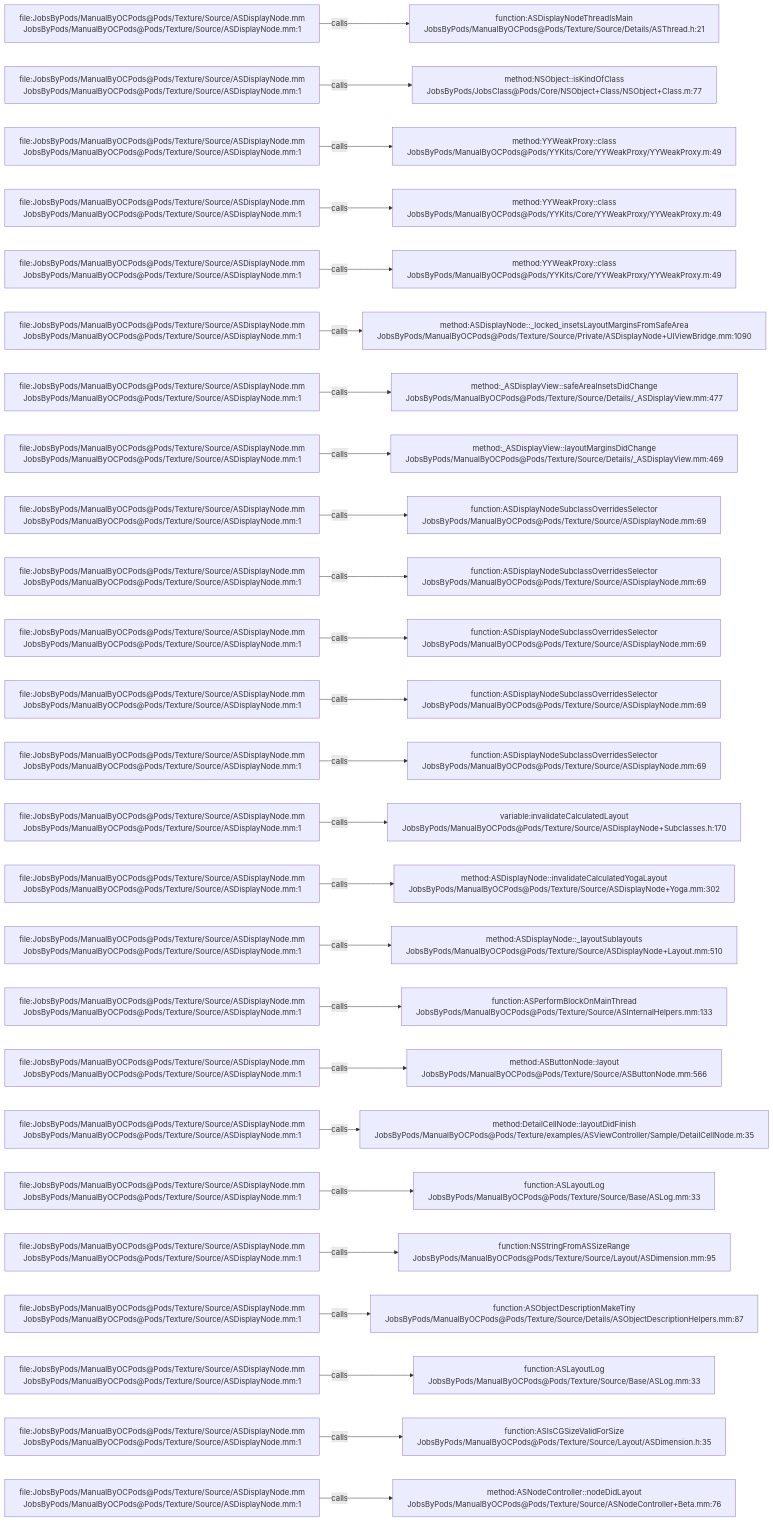
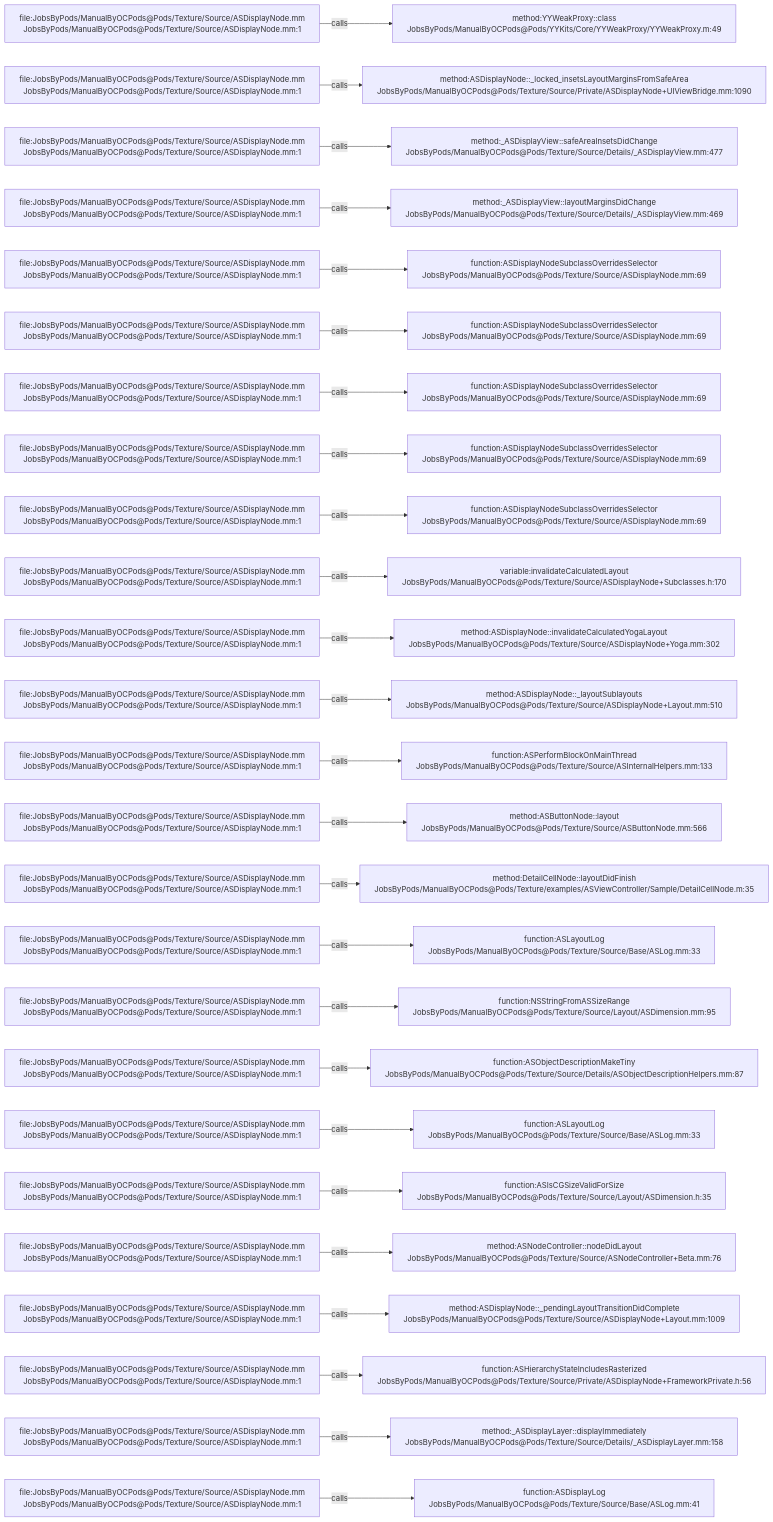
Before and after one commit to JobsKits/JobsOCBaseConfigDemo: the diagram in .codegraph/codegraph.md/graphs/calls-096.md, drawn with Mermaid. The commit also changed 727 other files, not shown here.

````diff
--- a/.codegraph/codegraph.md/graphs/calls-096.md
+++ b/.codegraph/codegraph.md/graphs/calls-096.md
@@ -13,78 +13,78 @@
 ```mermaid
 flowchart LR
   S1["file:JobsByPods/ManualByOCPods@Pods/Texture/Source/ASDisplayNode.mm<br/>JobsByPods/ManualByOCPods@Pods/Texture/Source/ASDisplayNode.mm:1"]
-  T1["function:ASDisplayNodeThreadIsMain<br/>JobsByPods/ManualByOCPods@Pods/Texture/Source/Details/ASThread.h:21"]
+  T1["method:YYWeakProxy::class<br/>JobsByPods/ManualByOCPods@Pods/YYKits/Core/YYWeakProxy/YYWeakProxy.m:49"]
   S1 -->|calls| T1
   S2["file:JobsByPods/ManualByOCPods@Pods/Texture/Source/ASDisplayNode.mm<br/>JobsByPods/ManualByOCPods@Pods/Texture/Source/ASDisplayNode.mm:1"]
-  T2["method:NSObject::isKindOfClass<br/>JobsByPods/JobsClass@Pods/Core/NSObject+Class/NSObject+Class.m:77"]
+  T2["method:ASDisplayNode::_locked_insetsLayoutMarginsFromSafeArea<br/>JobsByPods/ManualByOCPods@Pods/Texture/Source/Private/ASDisplayNode+UIViewBridge.mm:1090"]
   S2 -->|calls| T2
   S3["file:JobsByPods/ManualByOCPods@Pods/Texture/Source/ASDisplayNode.mm<br/>JobsByPods/ManualByOCPods@Pods/Texture/Source/ASDisplayNode.mm:1"]
-  T3["method:YYWeakProxy::class<br/>JobsByPods/ManualByOCPods@Pods/YYKits/Core/YYWeakProxy/YYWeakProxy.m:49"]
+  T3["method:_ASDisplayView::safeAreaInsetsDidChange<br/>JobsByPods/ManualByOCPods@Pods/Texture/Source/Details/_ASDisplayView.mm:477"]
   S3 -->|calls| T3
   S4["file:JobsByPods/ManualByOCPods@Pods/Texture/Source/ASDisplayNode.mm<br/>JobsByPods/ManualByOCPods@Pods/Texture/Source/ASDisplayNode.mm:1"]
-  T4["method:YYWeakProxy::class<br/>JobsByPods/ManualByOCPods@Pods/YYKits/Core/YYWeakProxy/YYWeakProxy.m:49"]
+  T4["method:_ASDisplayView::layoutMarginsDidChange<br/>JobsByPods/ManualByOCPods@Pods/Texture/Source/Details/_ASDisplayView.mm:469"]
   S4 -->|calls| T4
   S5["file:JobsByPods/ManualByOCPods@Pods/Texture/Source/ASDisplayNode.mm<br/>JobsByPods/ManualByOCPods@Pods/Texture/Source/ASDisplayNode.mm:1"]
-  T5["method:YYWeakProxy::class<br/>JobsByPods/ManualByOCPods@Pods/YYKits/Core/YYWeakProxy/YYWeakProxy.m:49"]
+  T5["function:ASDisplayNodeSubclassOverridesSelector<br/>JobsByPods/ManualByOCPods@Pods/Texture/Source/ASDisplayNode.mm:69"]
   S5 -->|calls| T5
   S6["file:JobsByPods/ManualByOCPods@Pods/Texture/Source/ASDisplayNode.mm<br/>JobsByPods/ManualByOCPods@Pods/Texture/Source/ASDisplayNode.mm:1"]
-  T6["method:ASDisplayNode::_locked_insetsLayoutMarginsFromSafeArea<br/>JobsByPods/ManualByOCPods@Pods/Texture/Source/Private/ASDisplayNode+UIViewBridge.mm:1090"]
+  T6["function:ASDisplayNodeSubclassOverridesSelector<br/>JobsByPods/ManualByOCPods@Pods/Texture/Source/ASDisplayNode.mm:69"]
   S6 -->|calls| T6
   S7["file:JobsByPods/ManualByOCPods@Pods/Texture/Source/ASDisplayNode.mm<br/>JobsByPods/ManualByOCPods@Pods/Texture/Source/ASDisplayNode.mm:1"]
-  T7["method:_ASDisplayView::safeAreaInsetsDidChange<br/>JobsByPods/ManualByOCPods@Pods/Texture/Source/Details/_ASDisplayView.mm:477"]
+  T7["function:ASDisplayNodeSubclassOverridesSelector<br/>JobsByPods/ManualByOCPods@Pods/Texture/Source/ASDisplayNode.mm:69"]
   S7 -->|calls| T7
   S8["file:JobsByPods/ManualByOCPods@Pods/Texture/Source/ASDisplayNode.mm<br/>JobsByPods/ManualByOCPods@Pods/Texture/Source/ASDisplayNode.mm:1"]
-  T8["method:_ASDisplayView::layoutMarginsDidChange<br/>JobsByPods/ManualByOCPods@Pods/Texture/Source/Details/_ASDisplayView.mm:469"]
+  T8["function:ASDisplayNodeSubclassOverridesSelector<br/>JobsByPods/ManualByOCPods@Pods/Texture/Source/ASDisplayNode.mm:69"]
   S8 -->|calls| T8
   S9["file:JobsByPods/ManualByOCPods@Pods/Texture/Source/ASDisplayNode.mm<br/>JobsByPods/ManualByOCPods@Pods/Texture/Source/ASDisplayNode.mm:1"]
   T9["function:ASDisplayNodeSubclassOverridesSelector<br/>JobsByPods/ManualByOCPods@Pods/Texture/Source/ASDisplayNode.mm:69"]
   S9 -->|calls| T9
   S10["file:JobsByPods/ManualByOCPods@Pods/Texture/Source/ASDisplayNode.mm<br/>JobsByPods/ManualByOCPods@Pods/Texture/Source/ASDisplayNode.mm:1"]
-  T10["function:ASDisplayNodeSubclassOverridesSelector<br/>JobsByPods/ManualByOCPods@Pods/Texture/Source/ASDisplayNode.mm:69"]
+  T10["variable:invalidateCalculatedLayout<br/>JobsByPods/ManualByOCPods@Pods/Texture/Source/ASDisplayNode+Subclasses.h:170"]
   S10 -->|calls| T10
   S11["file:JobsByPods/ManualByOCPods@Pods/Texture/Source/ASDisplayNode.mm<br/>JobsByPods/ManualByOCPods@Pods/Texture/Source/ASDisplayNode.mm:1"]
-  T11["function:ASDisplayNodeSubclassOverridesSelector<br/>JobsByPods/ManualByOCPods@Pods/Texture/Source/ASDisplayNode.mm:69"]
+  T11["method:ASDisplayNode::invalidateCalculatedYogaLayout<br/>JobsByPods/ManualByOCPods@Pods/Texture/Source/ASDisplayNode+Yoga.mm:302"]
   S11 -->|calls| T11
   S12["file:JobsByPods/ManualByOCPods@Pods/Texture/Source/ASDisplayNode.mm<br/>JobsByPods/ManualByOCPods@Pods/Texture/Source/ASDisplayNode.mm:1"]
-  T12["function:ASDisplayNodeSubclassOverridesSelector<br/>JobsByPods/ManualByOCPods@Pods/Texture/Source/ASDisplayNode.mm:69"]
+  T12["method:ASDisplayNode::_layoutSublayouts<br/>JobsByPods/ManualByOCPods@Pods/Texture/Source/ASDisplayNode+Layout.mm:510"]
   S12 -->|calls| T12
   S13["file:JobsByPods/ManualByOCPods@Pods/Texture/Source/ASDisplayNode.mm<br/>JobsByPods/ManualByOCPods@Pods/Texture/Source/ASDisplayNode.mm:1"]
-  T13["function:ASDisplayNodeSubclassOverridesSelector<br/>JobsByPods/ManualByOCPods@Pods/Texture/Source/ASDisplayNode.mm:69"]
+  T13["function:ASPerformBlockOnMainThread<br/>JobsByPods/ManualByOCPods@Pods/Texture/Source/ASInternalHelpers.mm:133"]
   S13 -->|calls| T13
   S14["file:JobsByPods/ManualByOCPods@Pods/Texture/Source/ASDisplayNode.mm<br/>JobsByPods/ManualByOCPods@Pods/Texture/Source/ASDisplayNode.mm:1"]
-  T14["variable:invalidateCalculatedLayout<br/>JobsByPods/ManualByOCPods@Pods/Texture/Source/ASDisplayNode+Subclasses.h:170"]
+  T14["method:ASButtonNode::layout<br/>JobsByPods/ManualByOCPods@Pods/Texture/Source/ASButtonNode.mm:566"]
   S14 -->|calls| T14
   S15["file:JobsByPods/ManualByOCPods@Pods/Texture/Source/ASDisplayNode.mm<br/>JobsByPods/ManualByOCPods@Pods/Texture/Source/ASDisplayNode.mm:1"]
-  T15["method:ASDisplayNode::invalidateCalculatedYogaLayout<br/>JobsByPods/ManualByOCPods@Pods/Texture/Source/ASDisplayNode+Yoga.mm:302"]
+  T15["method:DetailCellNode::layoutDidFinish<br/>JobsByPods/ManualByOCPods@Pods/Texture/examples/ASViewController/Sample/DetailCellNode.m:35"]
   S15 -->|calls| T15
   S16["file:JobsByPods/ManualByOCPods@Pods/Texture/Source/ASDisplayNode.mm<br/>JobsByPods/ManualByOCPods@Pods/Texture/Source/ASDisplayNode.mm:1"]
-  T16["method:ASDisplayNode::_layoutSublayouts<br/>JobsByPods/ManualByOCPods@Pods/Texture/Source/ASDisplayNode+Layout.mm:510"]
+  T16["function:ASLayoutLog<br/>JobsByPods/ManualByOCPods@Pods/Texture/Source/Base/ASLog.mm:33"]
   S16 -->|calls| T16
   S17["file:JobsByPods/ManualByOCPods@Pods/Texture/Source/ASDisplayNode.mm<br/>JobsByPods/ManualByOCPods@Pods/Texture/Source/ASDisplayNode.mm:1"]
-  T17["function:ASPerformBlockOnMainThread<br/>JobsByPods/ManualByOCPods@Pods/Texture/Source/ASInternalHelpers.mm:133"]
+  T17["function:NSStringFromASSizeRange<br/>JobsByPods/ManualByOCPods@Pods/Texture/Source/Layout/ASDimension.mm:95"]
   S17 -->|calls| T17
   S18["file:JobsByPods/ManualByOCPods@Pods/Texture/Source/ASDisplayNode.mm<br/>JobsByPods/ManualByOCPods@Pods/Texture/Source/ASDisplayNode.mm:1"]
-  T18["method:ASButtonNode::layout<br/>JobsByPods/ManualByOCPods@Pods/Texture/Source/ASButtonNode.mm:566"]
+  T18["function:ASObjectDescriptionMakeTiny<br/>JobsByPods/ManualByOCPods@Pods/Texture/Source/Details/ASObjectDescriptionHelpers.mm:87"]
   S18 -->|calls| T18
   S19["file:JobsByPods/ManualByOCPods@Pods/Texture/Source/ASDisplayNode.mm<br/>JobsByPods/ManualByOCPods@Pods/Texture/Source/ASDisplayNode.mm:1"]
-  T19["method:DetailCellNode::layoutDidFinish<br/>JobsByPods/ManualByOCPods@Pods/Texture/examples/ASViewController/Sample/DetailCellNode.m:35"]
+  T19["function:ASLayoutLog<br/>JobsByPods/ManualByOCPods@Pods/Texture/Source/Base/ASLog.mm:33"]
   S19 -->|calls| T19
   S20["file:JobsByPods/ManualByOCPods@Pods/Texture/Source/ASDisplayNode.mm<br/>JobsByPods/ManualByOCPods@Pods/Texture/Source/ASDisplayNode.mm:1"]
-  T20["function:ASLayoutLog<br/>JobsByPods/ManualByOCPods@Pods/Texture/Source/Base/ASLog.mm:33"]
+  T20["function:ASIsCGSizeValidForSize<br/>JobsByPods/ManualByOCPods@Pods/Texture/Source/Layout/ASDimension.h:35"]
   S20 -->|calls| T20
   S21["file:JobsByPods/ManualByOCPods@Pods/Texture/Source/ASDisplayNode.mm<br/>JobsByPods/ManualByOCPods@Pods/Texture/Source/ASDisplayNode.mm:1"]
-  T21["function:NSStringFromASSizeRange<br/>JobsByPods/ManualByOCPods@Pods/Texture/Source/Layout/ASDimension.mm:95"]
+  T21["method:ASNodeController::nodeDidLayout<br/>JobsByPods/ManualByOCPods@Pods/Texture/Source/ASNodeController+Beta.mm:76"]
   S21 -->|calls| T21
   S22["file:JobsByPods/ManualByOCPods@Pods/Texture/Source/ASDisplayNode.mm<br/>JobsByPods/ManualByOCPods@Pods/Texture/Source/ASDisplayNode.mm:1"]
-  T22["function:ASObjectDescriptionMakeTiny<br/>JobsByPods/ManualByOCPods@Pods/Texture/Source/Details/ASObjectDescriptionHelpers.mm:87"]
+  T22["method:ASDisplayNode::_pendingLayoutTransitionDidComplete<br/>JobsByPods/ManualByOCPods@Pods/Texture/Source/ASDisplayNode+Layout.mm:1009"]
   S22 -->|calls| T22
   S23["file:JobsByPods/ManualByOCPods@Pods/Texture/Source/ASDisplayNode.mm<br/>JobsByPods/ManualByOCPods@Pods/Texture/Source/ASDisplayNode.mm:1"]
-  T23["function:ASLayoutLog<br/>JobsByPods/ManualByOCPods@Pods/Texture/Source/Base/ASLog.mm:33"]
+  T23["function:ASHierarchyStateIncludesRasterized<br/>JobsByPods/ManualByOCPods@Pods/Texture/Source/Private/ASDisplayNode+FrameworkPrivate.h:56"]
   S23 -->|calls| T23
   S24["file:JobsByPods/ManualByOCPods@Pods/Texture/Source/ASDisplayNode.mm<br/>JobsByPods/ManualByOCPods@Pods/Texture/Source/ASDisplayNode.mm:1"]
-  T24["function:ASIsCGSizeValidForSize<br/>JobsByPods/ManualByOCPods@Pods/Texture/Source/Layout/ASDimension.h:35"]
+  T24["method:_ASDisplayLayer::displayImmediately<br/>JobsByPods/ManualByOCPods@Pods/Texture/Source/Details/_ASDisplayLayer.mm:158"]
   S24 -->|calls| T24
   S25["file:JobsByPods/ManualByOCPods@Pods/Texture/Source/ASDisplayNode.mm<br/>JobsByPods/ManualByOCPods@Pods/Texture/Source/ASDisplayNode.mm:1"]
-  T25["method:ASNodeController::nodeDidLayout<br/>JobsByPods/ManualByOCPods@Pods/Texture/Source/ASNodeController+Beta.mm:76"]
+  T25["function:ASDisplayLog<br/>JobsByPods/ManualByOCPods@Pods/Texture/Source/Base/ASLog.mm:41"]
   S25 -->|calls| T25
 ```
````
